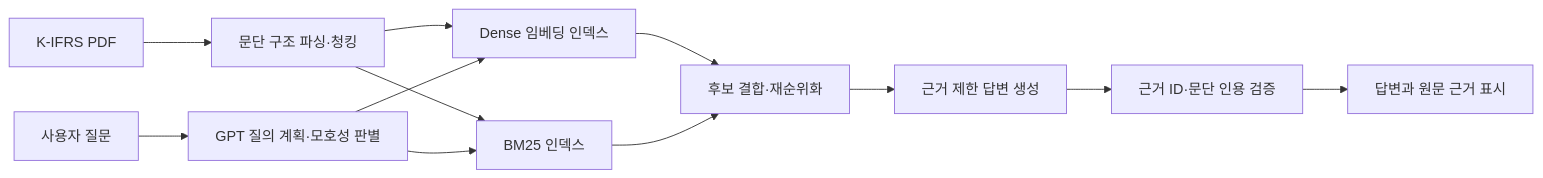
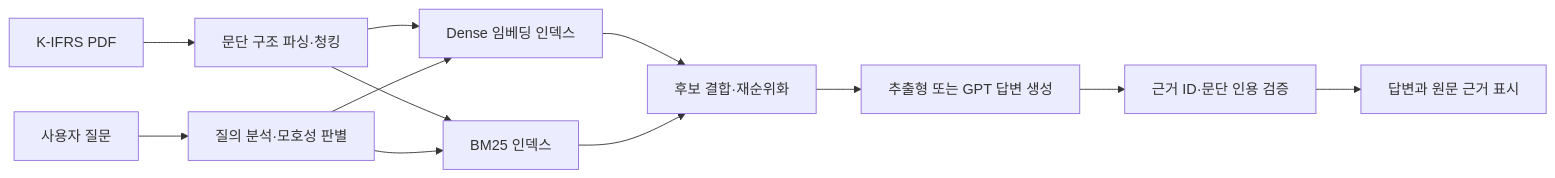
One commit to khk0331/K-IFRS_RAG_CHATBOT changed the diagram in README.md. Above: the diagram before and after it, drawn with Mermaid. The commit also changed other lines of this file and 10 other files, not shown here.

````diff
--- a/README.md
+++ b/README.md
@@ -9,14 +11,14 @@
 ```mermaid
 flowchart LR
     A["K-IFRS PDF"] --> B["문단 구조 파싱·청킹"]
     B --> C["Dense 임베딩 인덱스"]
     B --> D["BM25 인덱스"]
-    Q["사용자 질문"] --> P["GPT 질의 계획·모호성 판별"]
+    Q["사용자 질문"] --> P["질의 분석·모호성 판별"]
     P --> C
     P --> D
     C --> R["후보 결합·재순위화"]
     D --> R
-    R --> G["근거 제한 답변 생성"]
+    R --> G["추출형 또는 GPT 답변 생성"]
     G --> V["근거 ID·문단 인용 검증"]
     V --> U["답변과 원문 근거 표시"]
 ```
````
